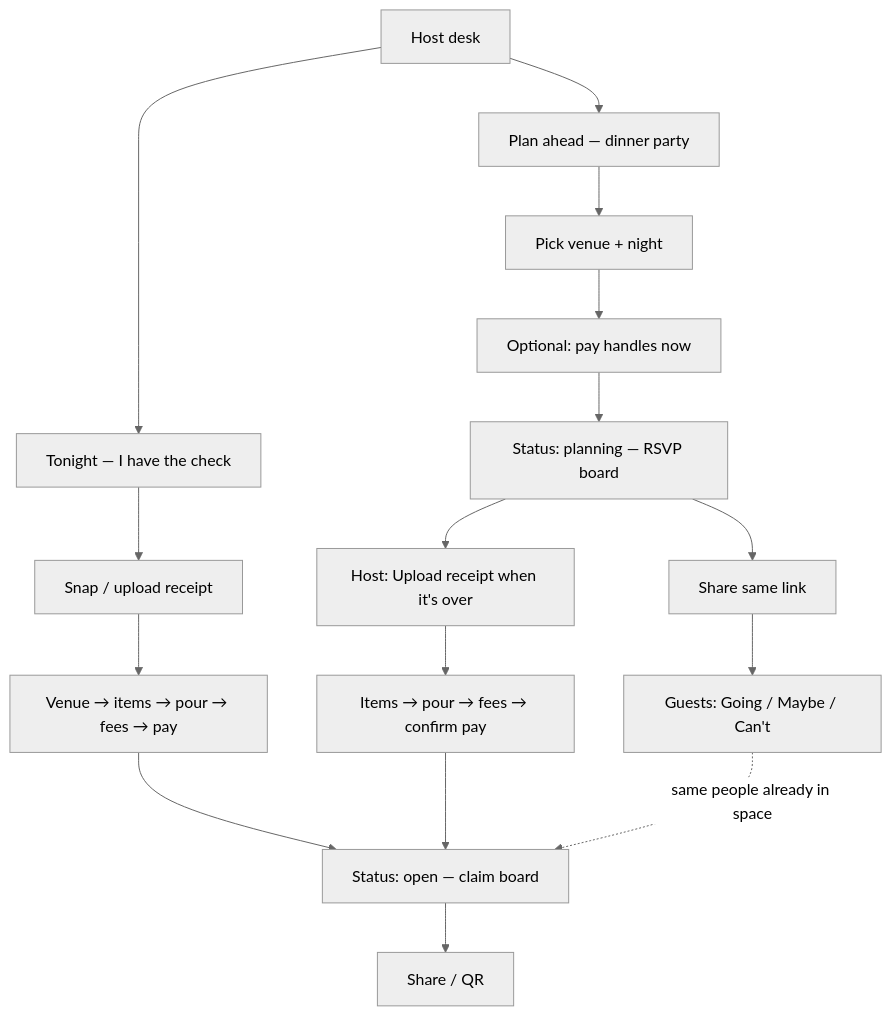
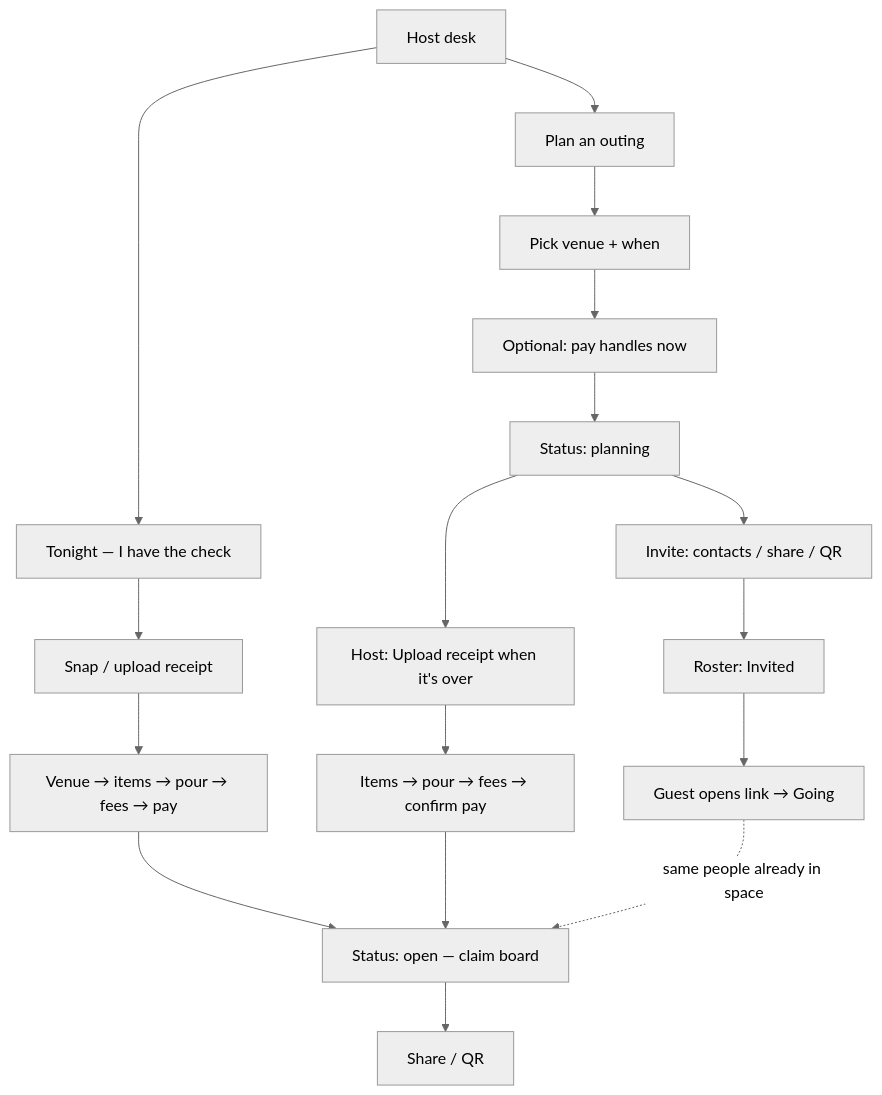
Before and after one commit to bizoton19/stw_app: the diagram in plans/rsvp-ahead.md, drawn with Mermaid (neutral theme). The commit also changed other lines of this file, not shown here.

First line of the commit message:
Refine outing plan: wording plus per-contact Invited→Going.

````diff
--- a/plans/rsvp-ahead.md
+++ b/plans/rsvp-ahead.md
@@ -36,21 +36,22 @@
 ```mermaid
 flowchart TD
   Desk["Host desk"]
   Desk --> Tonight["Tonight — I have the check"]
-  Desk --> Ahead["Plan ahead — dinner party"]
+  Desk --> Ahead["Plan an outing"]
 
   Tonight --> Cap["Snap / upload receipt"]
   Cap --> Interview["Venue → items → pour → fees → pay"]
   Interview --> Open["Status: open — claim board"]
   Open --> Share["Share / QR"]
 
-  Ahead --> Venue["Pick venue + night"]
+  Ahead --> Venue["Pick venue + when"]
   Venue --> PayEarly["Optional: pay handles now"]
-  PayEarly --> Planning["Status: planning — RSVP board"]
-  Planning --> ShareEarly["Share same link"]
-  ShareEarly --> Rsvp["Guests: Going / Maybe / Can't"]
+  PayEarly --> Planning["Status: planning"]
+  Planning --> Invite["Invite: contacts / share / QR"]
+  Invite --> Invited["Roster: Invited"]
+  Invited --> RsvpYes["Guest opens link → Going"]
   Planning --> Attach["Host: Upload receipt when it's over"]
   Attach --> Interview2["Items → pour → fees → confirm pay"]
   Interview2 --> Open
-  Rsvp -.->|"same people already in space"| Open
+  RsvpYes -.->|"same people already in space"| Open
 ```
````
